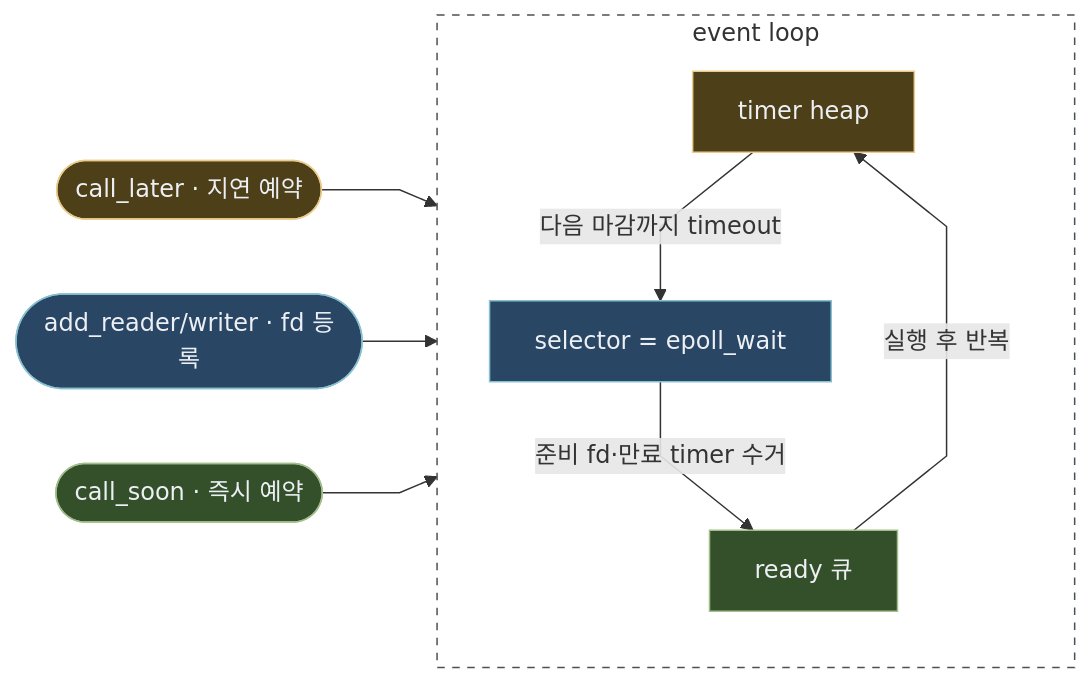
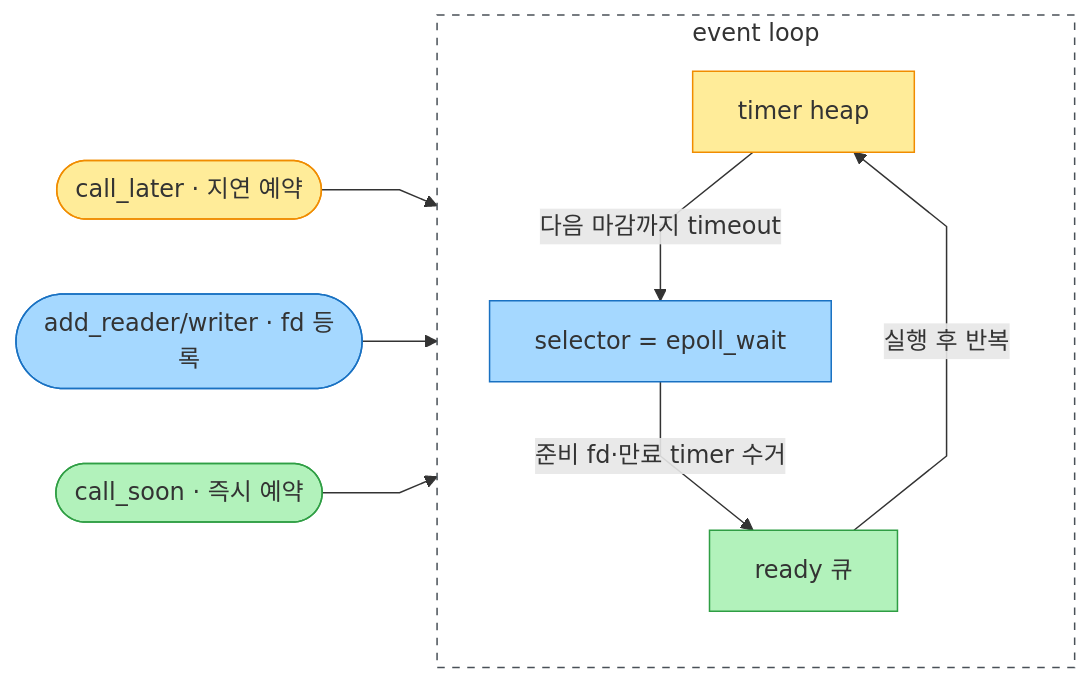
The second of 2 diagrams in content/Dev/CS/Concurrency and Parallelism.md (DS-argus/argus-quartz), drawn with Mermaid before and after one commit. The commit also changed other lines of this file and 1 other file, not shown here.

Commit message:
fix: darken mermaid node fills in Quartz only, keep Obsidian intact
Obsidian auto-darkens pastel node fills (renders them deep) so the white
labels read fine; Quartz renders the same fills bright, hiding the white
text. Keep the light-fill source (Obsidian look unchanged) and darken the
colored node fills via custom.scss so Quartz matches.

- Source: colored nodes via classDef with light pastel fills (CSS hook)
- custom.scss: override .srcYellow/.srcBlue/.srcGreen shape fill to deep
  shades; label text stays white

````diff
--- a/content/Dev/CS/Concurrency and Parallelism.md
+++ b/content/Dev/CS/Concurrency and Parallelism.md
@@ -429,29 +429,29 @@
 ```mermaid
 %%{init: {'flowchart': {'curve': 'linear'}}}%%
 flowchart LR
     CL(["call_later · 지연 예약"])
     AR(["add_reader/writer · fd 등록"])
     CS(["call_soon · 즉시 예약"])
 
     subgraph EL["event loop"]
         direction TB
         TH["timer heap"]
         SEL["selector = epoll_wait"]
         RQ["ready 큐"]
     end
 
     CL --> TH
     AR --> SEL
     CS --> RQ
     TH -->|다음 마감까지 timeout| SEL
     SEL -->|준비 fd·만료 timer 수거| RQ
     RQ -->|실행 후 반복| TH
 
     style EL fill:none,stroke:#495057,stroke-dasharray: 5 5
-    style CL fill:#4d3f18,stroke:#ebcb8b,color:#eceff4
-    style TH fill:#4d3f18,stroke:#ebcb8b,color:#eceff4
-    style AR fill:#294764,stroke:#88c0d0,color:#eceff4
-    style SEL fill:#294764,stroke:#88c0d0,color:#eceff4
-    style CS fill:#34502a,stroke:#a3be8c,color:#eceff4
-    style RQ fill:#34502a,stroke:#a3be8c,color:#eceff4
+    classDef srcYellow fill:#ffec99,stroke:#f08c00
+    classDef srcBlue fill:#a5d8ff,stroke:#1971c2
+    classDef srcGreen fill:#b2f2bb,stroke:#2f9e44
+    class CL,TH srcYellow
+    class AR,SEL srcBlue
+    class CS,RQ srcGreen
 ```
````
